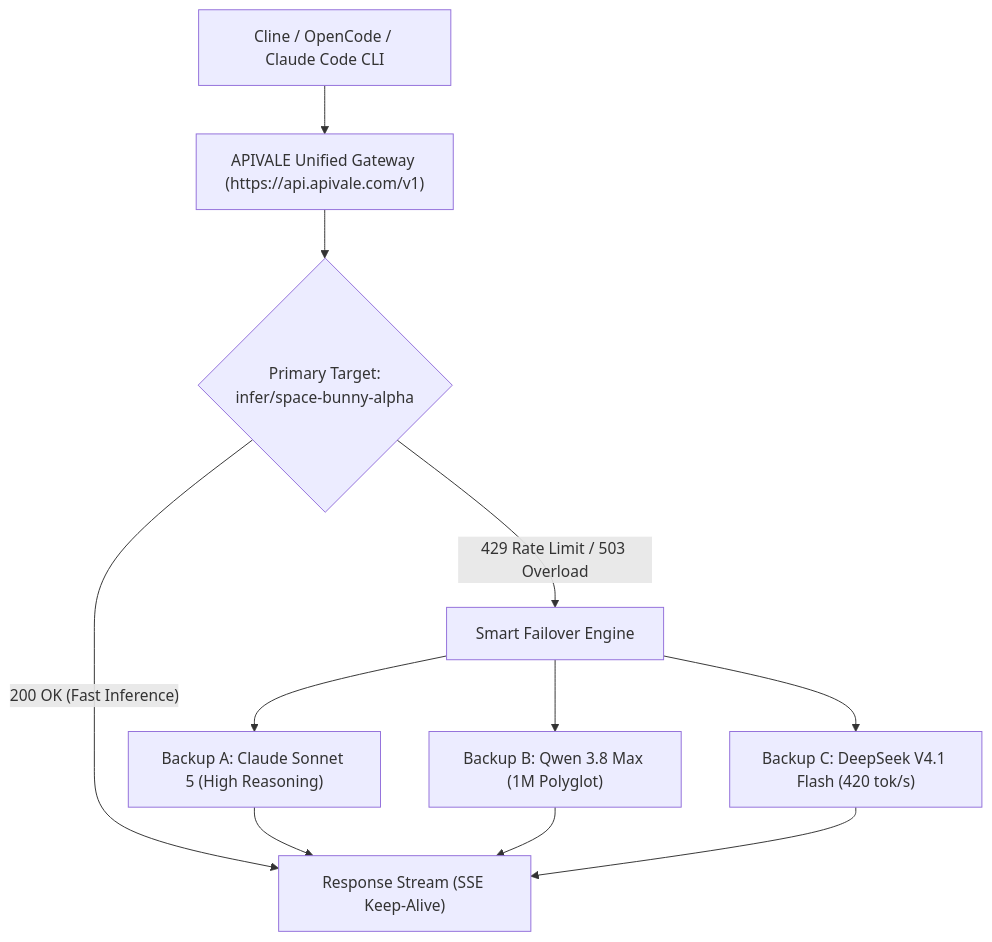
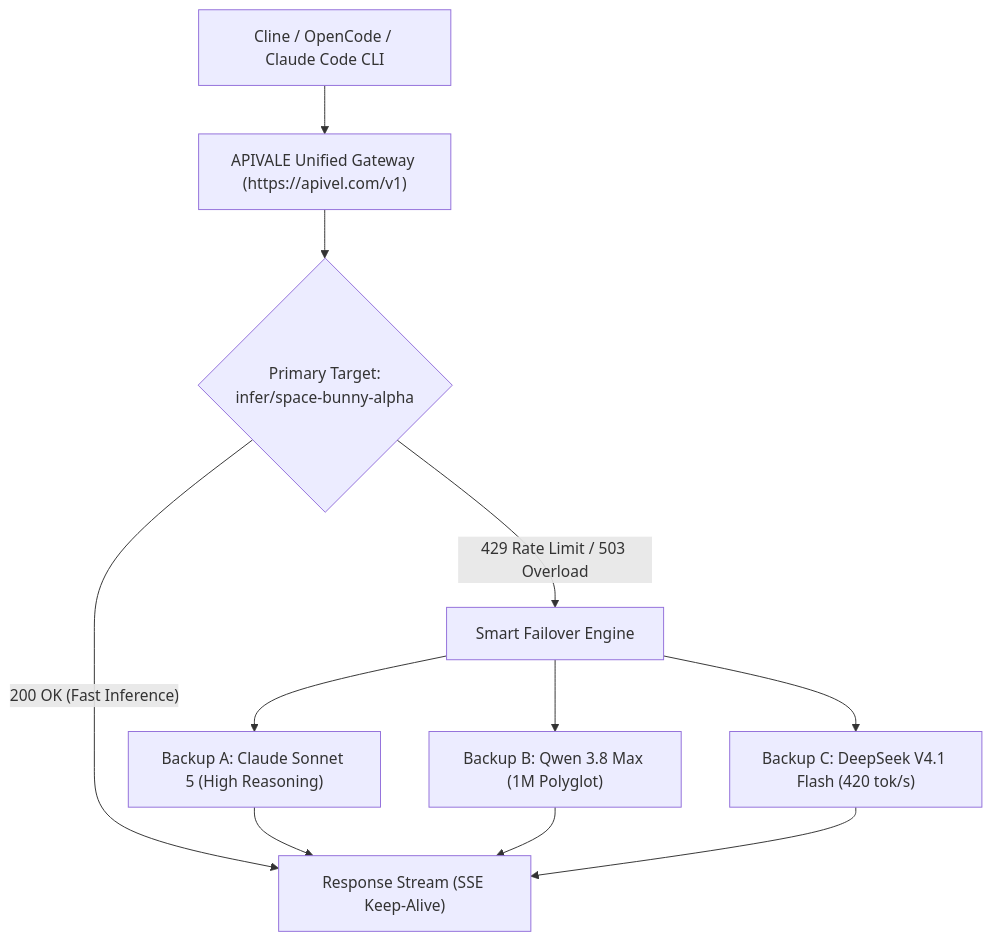
One commit to bshx2024/apivel_blog changed the diagram in src/content/blog/space-bunny-alpha-model-benchmark-api-guide.md. Above: the diagram before and after it, drawn with Mermaid. The commit also changed other lines of this file and 77 other files, not shown here.

Commit message:
fix(docs): update all model API base URLs to https://apivel.com/v1

````diff
--- a/src/content/blog/space-bunny-alpha-model-benchmark-api-guide.md
+++ b/src/content/blog/space-bunny-alpha-model-benchmark-api-guide.md
@@ -223,13 +223,13 @@
 ```mermaid
 flowchart TD
-    Client["Cline / OpenCode / Claude Code CLI"] --> Gateway["APIVALE Unified Gateway (https://api.apivale.com/v1)"]
+    Client["Cline / OpenCode / Claude Code CLI"] --> Gateway["APIVALE Unified Gateway (https://apivel.com/v1)"]
     Gateway --> Primary{"Primary Target:<br/>infer/space-bunny-alpha"}
     Primary -->|"200 OK (Fast Inference)"| Output["Response Stream (SSE Keep-Alive)"]
     Primary -->|"429 Rate Limit / 503 Overload"| Failover["Smart Failover Engine"]
     Failover --> RouteA["Backup A: Claude Sonnet 5 (High Reasoning)"]
     Failover --> RouteB["Backup B: Qwen 3.8 Max (1M Polyglot)"]
     Failover --> RouteC["Backup C: DeepSeek V4.1 Flash (420 tok/s)"]
     RouteA --> Output
     RouteB --> Output
     RouteC --> Output
 ```
````
